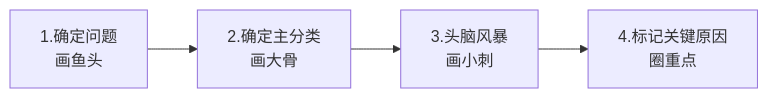
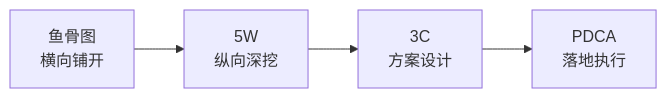
Before and after one commit to chongyang211/YCBookBlog: the second of 2 diagrams in packages/website/13.书籍/05.自我精进·成事/03.事中执行/08.鱼骨图分析方法.md, drawn with Mermaid. The commit also changed other lines of this file and 62 other files, not shown here.

````diff
--- a/packages/website/13.书籍/05.自我精进·成事/03.事中执行/08.鱼骨图分析方法.md
+++ b/packages/website/13.书籍/05.自我精进·成事/03.事中执行/08.鱼骨图分析方法.md
@@ -123,6 +158,6 @@
 ```mermaid
 graph LR
-    A[1.确定问题<br>画鱼头] --> B[2.确定主分类<br>画大骨]
-    B --> C[3.头脑风暴<br>画小刺]
-    C --> D[4.标记关键原因<br>圈重点]
+    F[鱼骨图<br/>横向铺开] --> W[5W<br/>纵向深挖]
+    W --> C[3C<br/>方案设计]
+    C --> P[PDCA<br/>落地执行]
 ```
````
